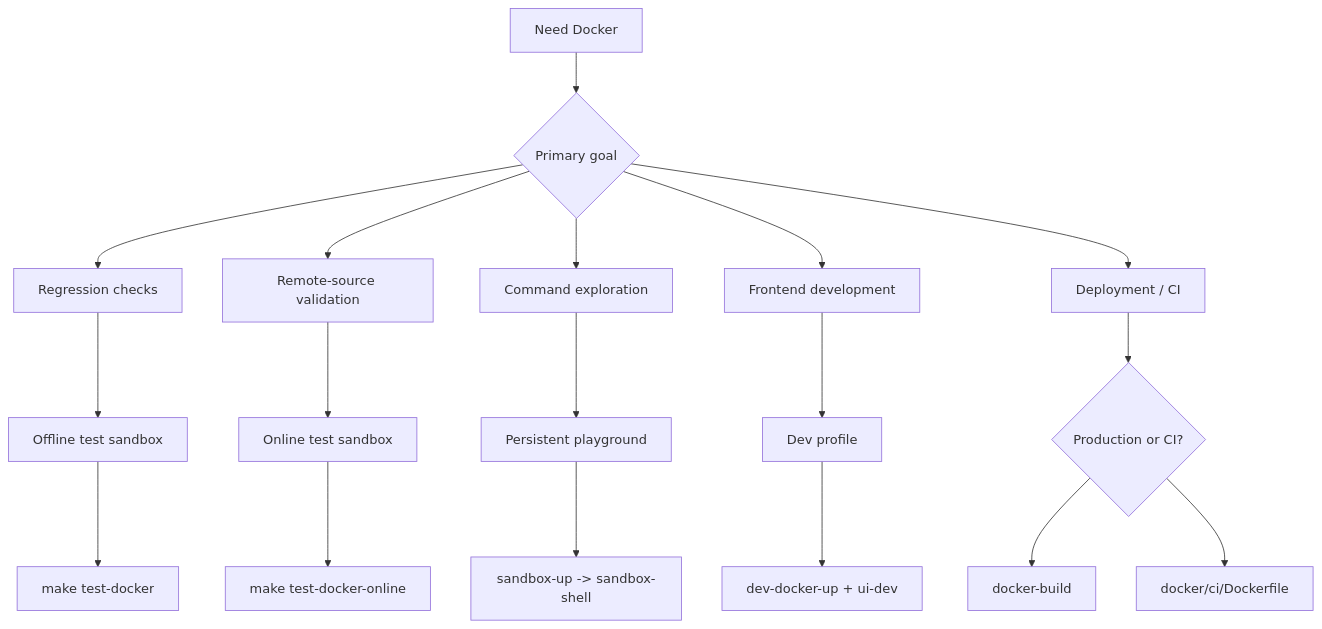
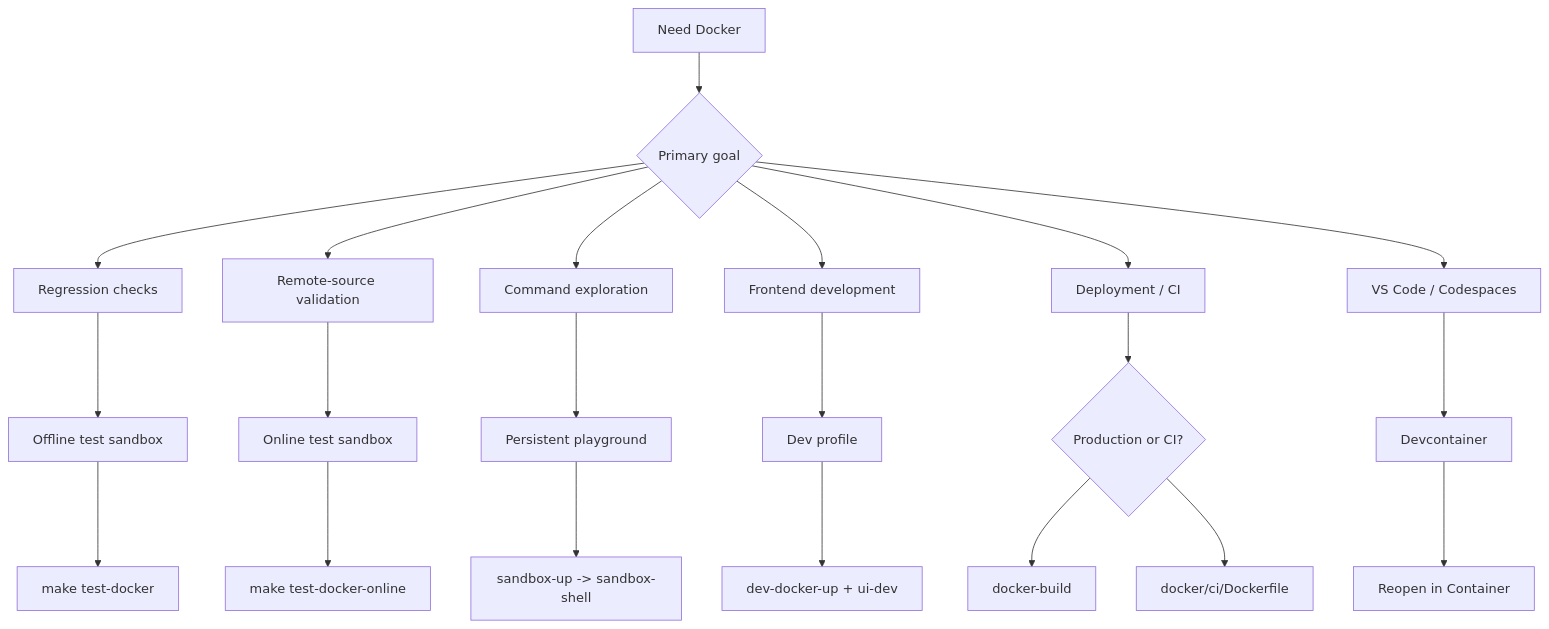
One commit to runkids/skillshare changed the diagram in website/docs/guides/docker-sandbox.md. Above: the diagram before and after it, drawn with Mermaid. The commit also changed other lines of this file and 11 other files, not shown here.

````diff
--- a/website/docs/guides/docker-sandbox.md
+++ b/website/docs/guides/docker-sandbox.md
@@ -11,25 +11,29 @@
 ```mermaid
 flowchart TD
 A["Need Docker"] --> B{"Primary goal"}
 B --> C["Regression checks"]
 B --> D["Remote-source validation"]
 B --> E["Command exploration"]
 B --> F["Frontend development"]
 B --> G["Deployment / CI"]
+B --> H["VS Code / Codespaces"]
 
 C --> C1["Offline test sandbox"]
 C1 --> C2["make test-docker"]
 
 D --> D1["Online test sandbox"]
 D1 --> D2["make test-docker-online"]
 
 E --> E1["Persistent playground"]
 E1 --> E2["sandbox-up -> sandbox-shell"]
 
 F --> F1["Dev profile"]
 F1 --> F2["dev-docker-up + ui-dev"]
 
 G --> G1{"Production or CI?"}
 G1 --> G2["docker-build"]
 G1 --> G3["docker/ci/Dockerfile"]
+
+H --> H1["Devcontainer"]
+H1 --> H2["Reopen in Container"]
 ```
````
